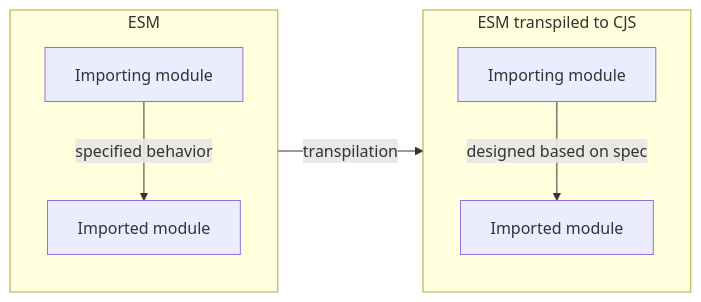
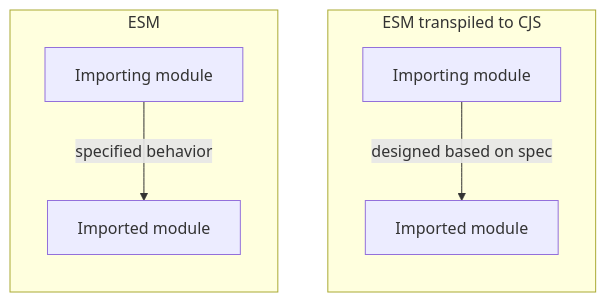
One commit to andrewbranch/docs changed the first of 2 diagrams in modules/04_Reference.md. Above: the diagram before and after it, drawn with Mermaid. The commit also changed other lines of this file, not shown here.

````diff
--- a/modules/04_Reference.md
+++ b/modules/04_Reference.md
@@ -72,10 +72,11 @@
 ```mermaid
-graph LR
+graph TB
   subgraph Transpiled[ESM transpiled to CJS]
+    direction TB
     C[Importing module] -- designed based on spec --> D[Imported module]
   end
   subgraph ESM
+    direction TB
     A[Importing module] -- specified behavior --> B[Imported module]
   end
-  ESM -- transpilation --> Transpiled
 ```
````
